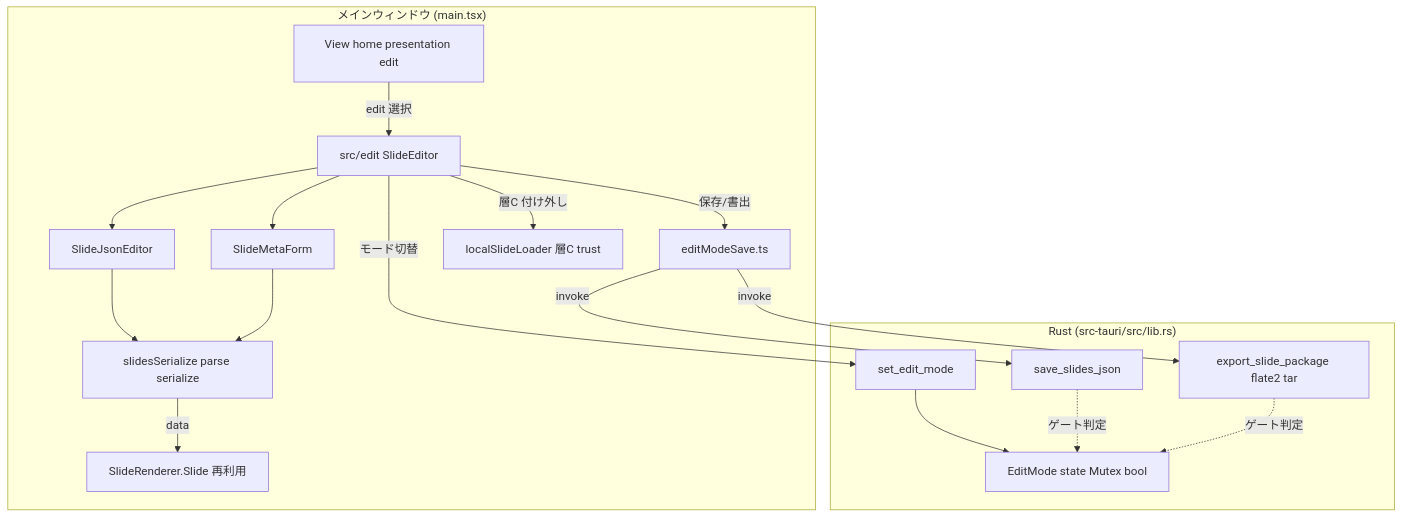
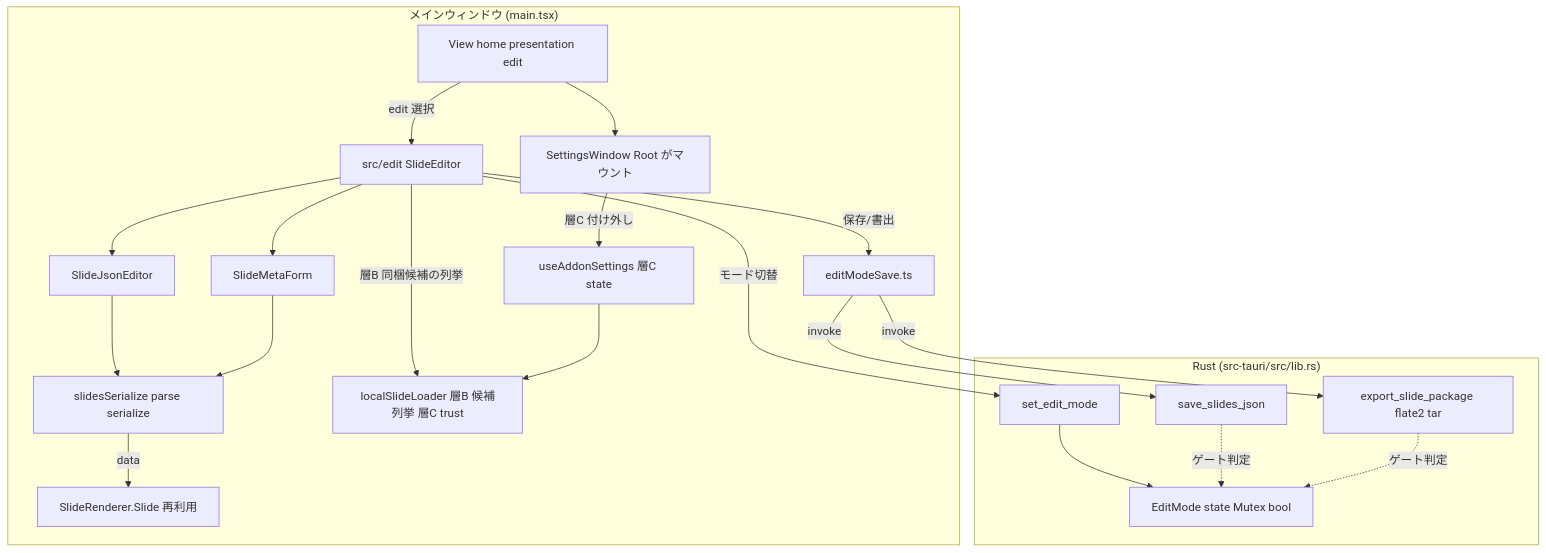
Before and after one commit to ToshikiImagawa/slide-presentation-app: the diagram in .sdd/specification/slide-edit-mode_design.md, drawn with Mermaid. The commit also changed other lines of this file and 26 other files, not shown here.

````diff
--- a/.sdd/specification/slide-edit-mode_design.md
+++ b/.sdd/specification/slide-edit-mode_design.md
@@ -84,34 +84,39 @@
 ```mermaid
 graph TD
     subgraph Rust["Rust (src-tauri/src/lib.rs)"]
         EM[EditMode state Mutex bool]
         SET[set_edit_mode]
         SAVE[save_slides_json]
         EXP[export_slide_package flate2 tar]
     end
     subgraph Main["メインウィンドウ (main.tsx)"]
         VIEW[View home presentation edit]
         EDIT[src/edit SlideEditor]
         JSON[SlideJsonEditor]
         FORM[SlideMetaForm]
         SER[slidesSerialize parse serialize]
         SAVEJS[editModeSave.ts]
         PREV[SlideRenderer.Slide 再利用]
-        LSL[localSlideLoader 層C trust]
+        LSL[localSlideLoader 層B 候補列挙 層C trust]
+        HOOK[useAddonSettings 層C state]
+        SW[SettingsWindow Root がマウント]
     end
 
     VIEW -->|edit 選択| EDIT
     EDIT --> JSON
     EDIT --> FORM
     JSON --> SER
     FORM --> SER
     SER -->|data| PREV
     EDIT -->|保存/書出| SAVEJS
     SAVEJS -->|invoke| SAVE
     SAVEJS -->|invoke| EXP
     EDIT -->|モード切替| SET
     SET --> EM
     SAVE -.->|ゲート判定| EM
     EXP -.->|ゲート判定| EM
-    EDIT -->|層C 付け外し| LSL
+    EDIT -->|層B 同梱候補の列挙| LSL
+    VIEW --> SW
+    SW -->|層C 付け外し| HOOK
+    HOOK --> LSL
 ```
````
